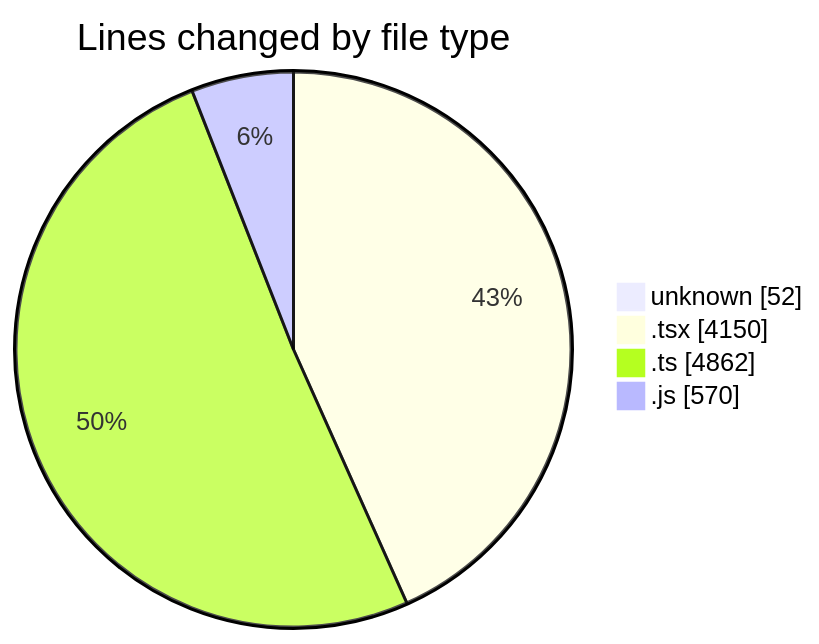
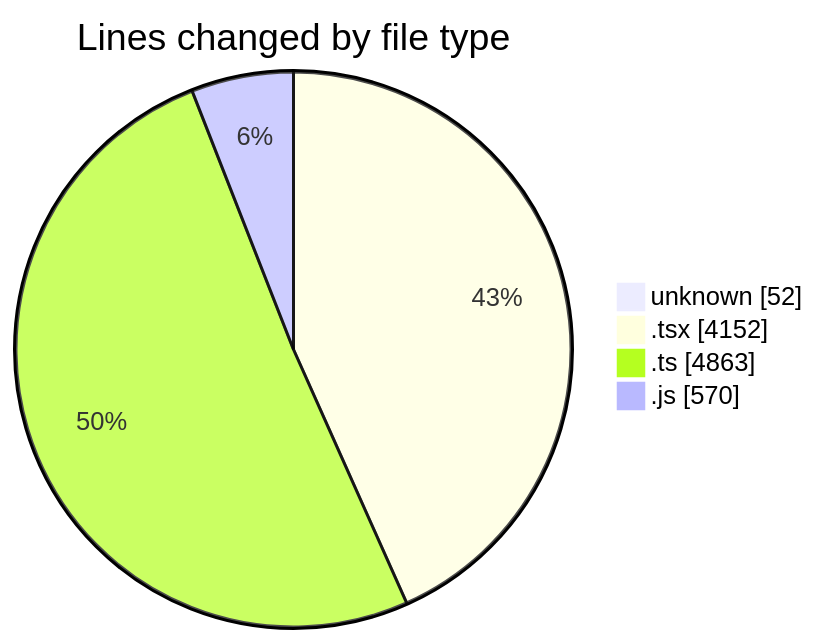
Before and after one commit to CELIANVF/code-tracking: the first of 2 diagrams in 2025-06-02/ecodeli-1/README.md, drawn with Mermaid. The commit also changed other lines of this file and 1 other file, not shown here.

````diff
--- a/2025-06-02/ecodeli-1/README.md
+++ b/2025-06-02/ecodeli-1/README.md
@@ -63,8 +63,8 @@
 ```mermaid
 pie showData
 title Lines changed by file type
 "unknown" : 52
-".tsx" : 4150
-".ts" : 4862
+".tsx" : 4152
+".ts" : 4863
 ".js" : 570
 ```
````
